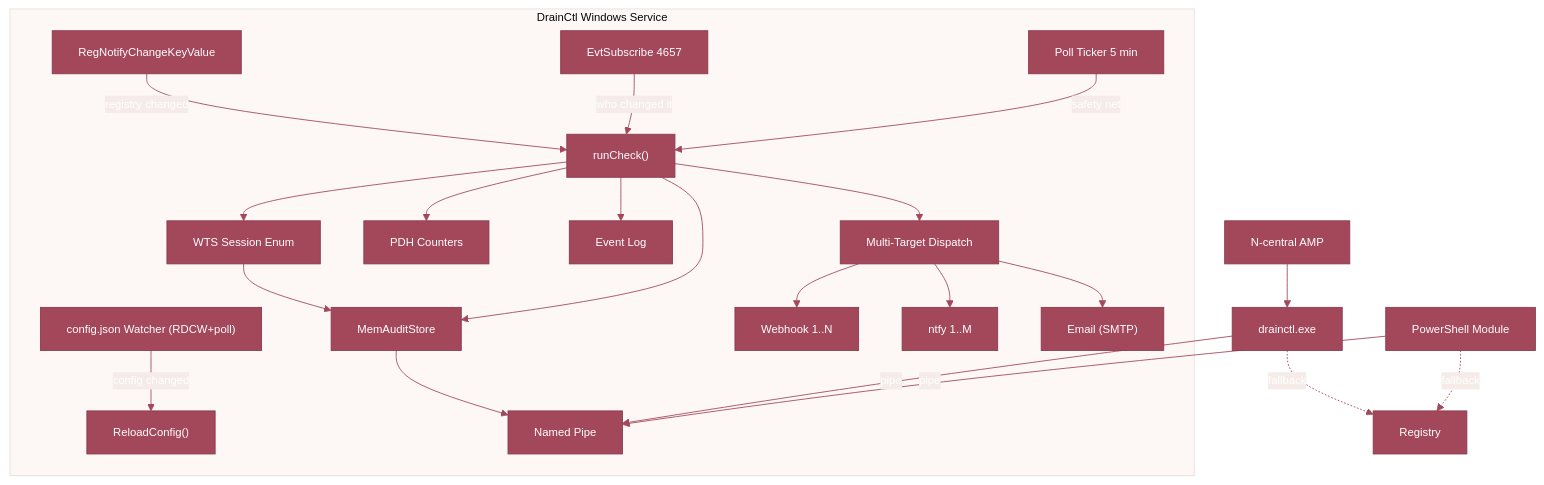
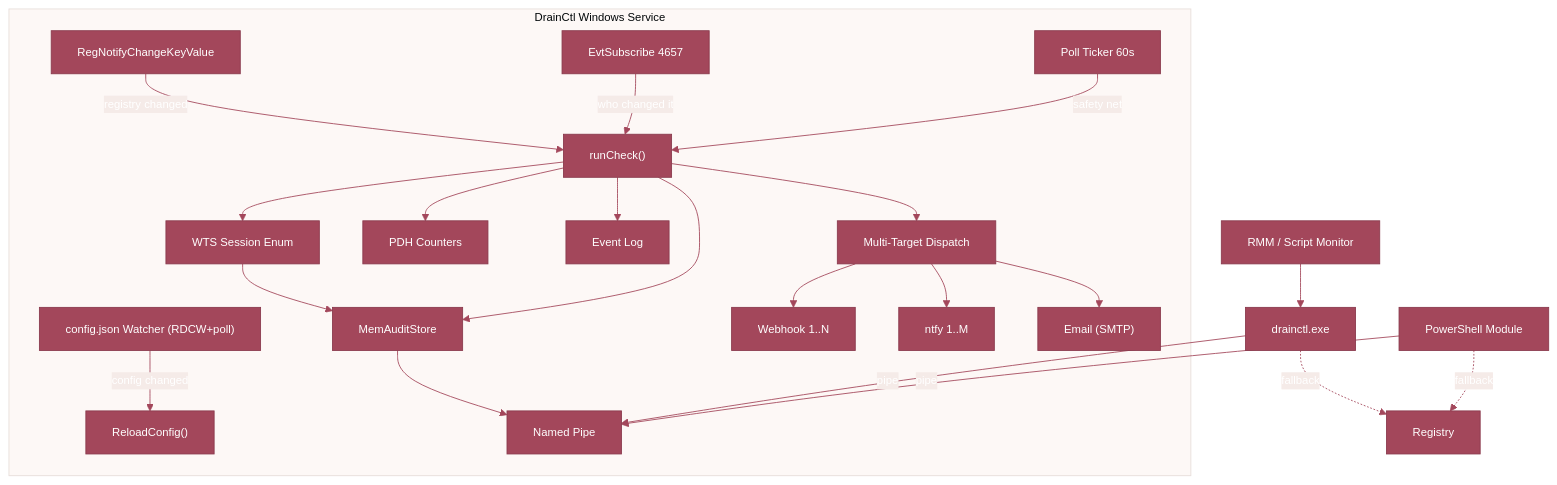
The first of 2 diagrams in README.md (LISSConsulting/LISSTech.DrainCtl), drawn with Mermaid before and after one commit. The commit also changed other lines of this file and 3 other files, not shown here.

````diff
--- a/README.md
+++ b/README.md
@@ -62,27 +62,27 @@
 ```mermaid
 %%{init: {'theme': 'base', 'themeVariables': {'primaryColor': '#a3475b', 'primaryTextColor': '#fff', 'primaryBorderColor': '#8a3a4d', 'secondaryColor': '#f5ebe8', 'tertiaryColor': '#fdf8f6', 'lineColor': '#a3475b', 'fontFamily': 'monospace', 'fontSize': '13px'}}}%%
 graph TB
     subgraph SVC["DrainCtl Windows Service"]
         RNK["RegNotifyChangeKeyValue"] -->|"registry changed"| CHECK["runCheck()"]
         EVT["EvtSubscribe 4657"] -->|"who changed it"| CHECK
-        POLL["Poll Ticker 5 min"] -->|"safety net"| CHECK
+        POLL["Poll Ticker 60s"] -->|"safety net"| CHECK
         CFG["config.json Watcher (RDCW+poll)"] -->|"config changed"| RELOAD["ReloadConfig()"]
         CHECK --> SESS["WTS Session Enum"]
         SESS --> STORE["MemAuditStore"]
         CHECK --> PERF["PDH Counters"]
         CHECK --> STORE
         CHECK --> ELOG["Event Log"]
         CHECK --> NOTIFY["Multi-Target Dispatch"]
         NOTIFY --> WH["Webhook 1..N"]
         NOTIFY --> NTFY["ntfy 1..M"]
         NOTIFY --> EMAIL["Email (SMTP)"]
         STORE --> PIPE["Named Pipe"]
     end
 
     CLI["drainctl.exe"] -->|"pipe"| PIPE
     PS["PowerShell Module"] -->|"pipe"| PIPE
-    NC["N-central AMP"] --> CLI
+    RMM["RMM / Script Monitor"] --> CLI
 
     CLI -.->|"fallback"| REG["Registry"]
     PS -.->|"fallback"| REG
 ```
````
